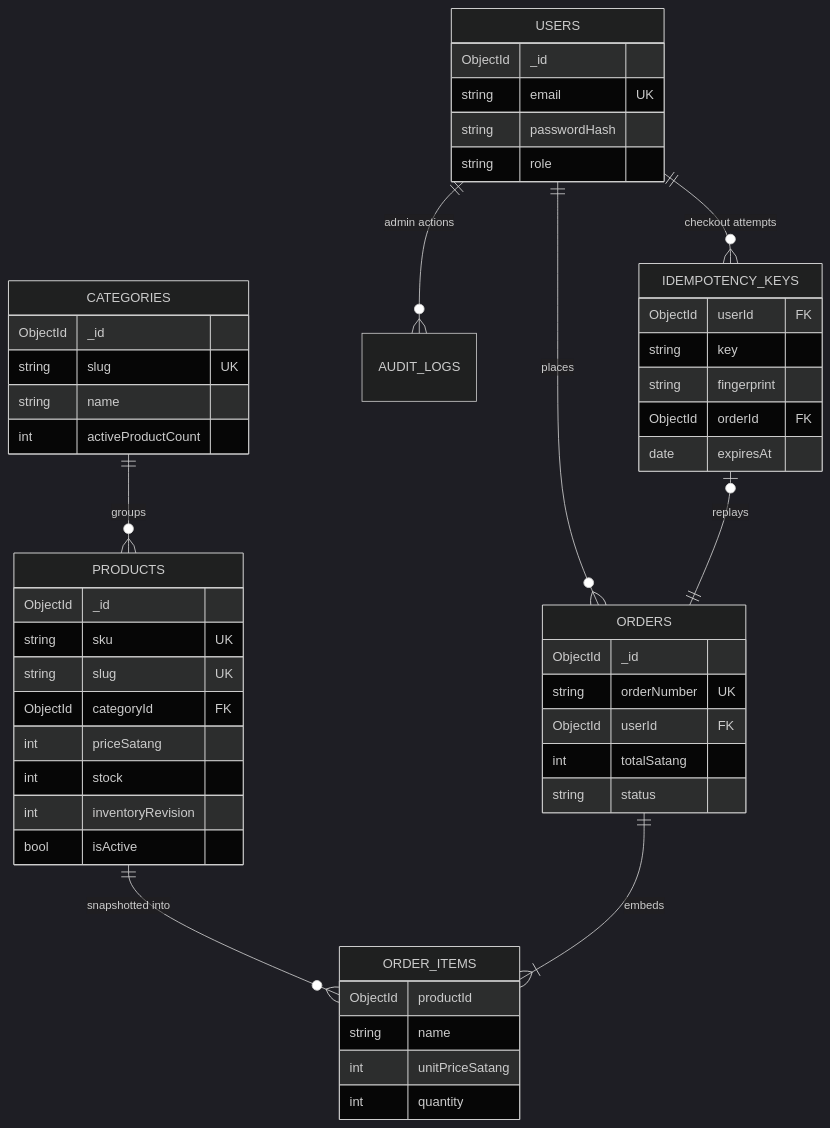
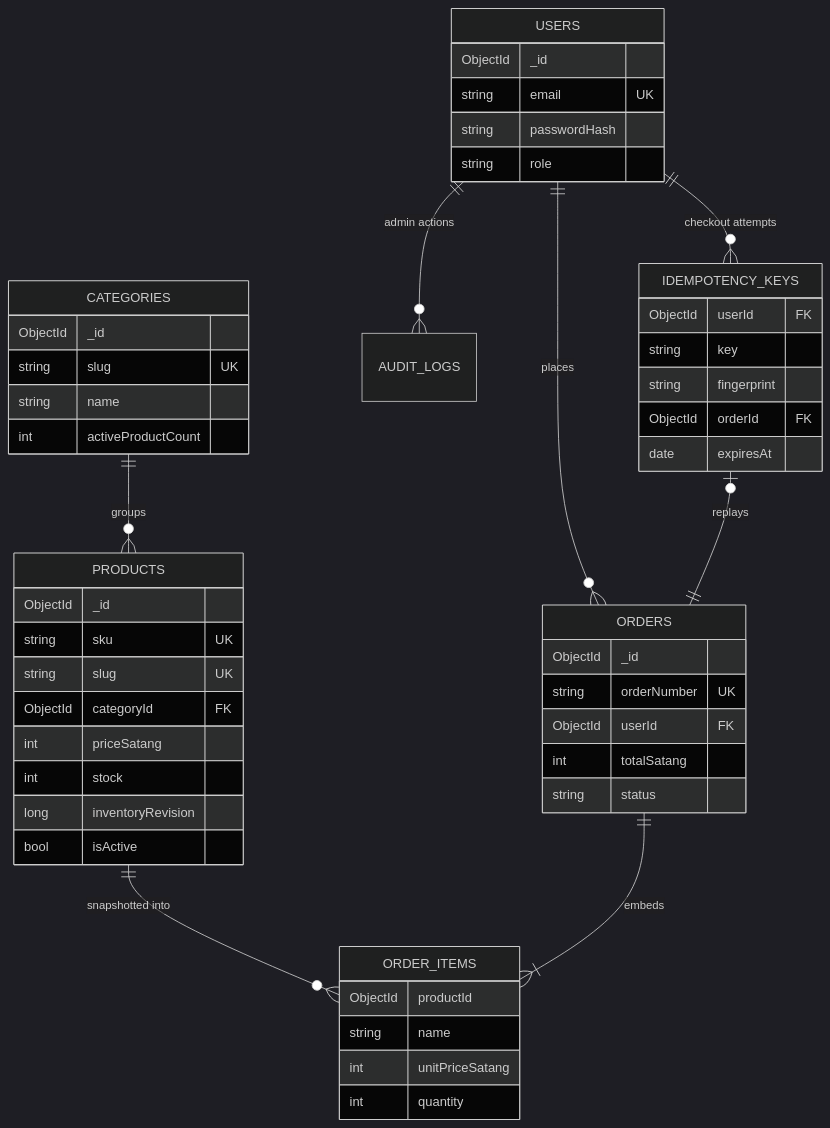
The diagram in docs/architecture/DATABASE_DESIGN.md (JameThaksin/it-peripheral-store), drawn with Mermaid (dark theme) before and after one commit. The commit also changed other lines of this file and 7 other files, not shown here.

````diff
--- a/docs/architecture/DATABASE_DESIGN.md
+++ b/docs/architecture/DATABASE_DESIGN.md
@@ -39,52 +39,52 @@
 ```mermaid
 erDiagram
   USERS ||--o{ ORDERS : places
   CATEGORIES ||--o{ PRODUCTS : groups
   PRODUCTS ||--o{ ORDER_ITEMS : "snapshotted into"
   ORDERS ||--|{ ORDER_ITEMS : embeds
   USERS ||--o{ AUDIT_LOGS : "admin actions"
   USERS ||--o{ IDEMPOTENCY_KEYS : "checkout attempts"
   IDEMPOTENCY_KEYS |o--|| ORDERS : "replays"
   USERS {
     ObjectId _id
     string email UK
     string passwordHash
     string role
   }
   CATEGORIES {
     ObjectId _id
     string slug UK
     string name
     int activeProductCount
   }
   PRODUCTS {
     ObjectId _id
     string sku UK
     string slug UK
     ObjectId categoryId FK
     int priceSatang
     int stock
-    int inventoryRevision
+    long inventoryRevision
     bool isActive
   }
   ORDERS {
     ObjectId _id
     string orderNumber UK
     ObjectId userId FK
     int totalSatang
     string status
   }
   IDEMPOTENCY_KEYS {
     ObjectId userId FK
     string key
     string fingerprint
     ObjectId orderId FK
     date expiresAt
   }
   ORDER_ITEMS {
     ObjectId productId
     string name
     int unitPriceSatang
     int quantity
   }
 ```
````
